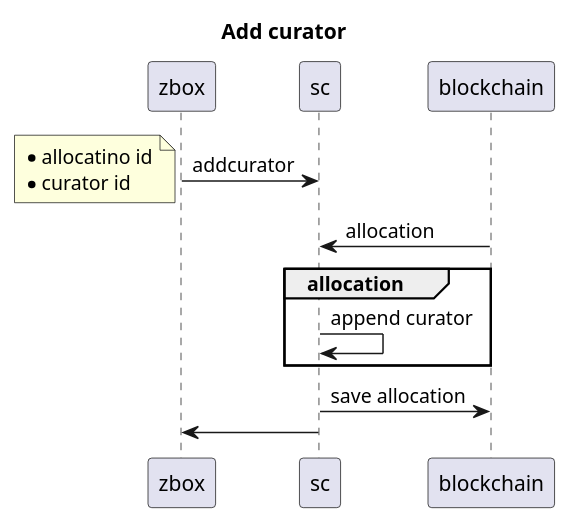
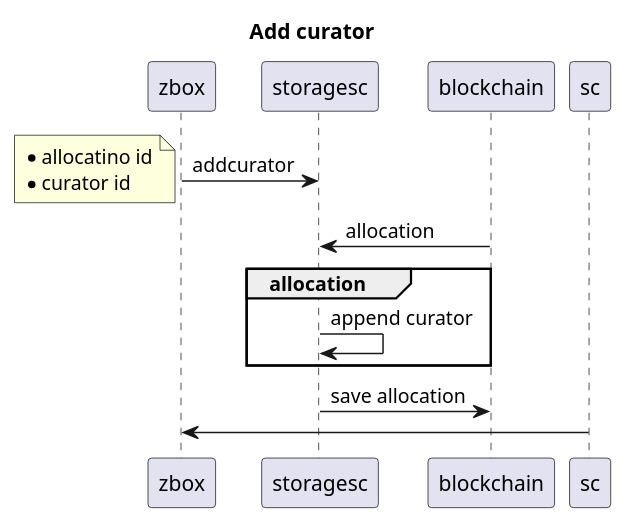
Before and after one commit to 0chain/zboxcli: diagram 19 of 32 in documents/uml.md, drawn with PlantUML. The commit also changed other lines of this file and 1 other file, not shown here.

````diff
--- a/documents/uml.md
+++ b/documents/uml.md
@@ -414,14 +414,14 @@
 ```puml
 title Add curator
-zbox -> sc : addcurator
+zbox ->storagesc: addcurator
 note left
     * allocatino id
     * curator id
 end note
-    blockchain -> sc : allocation
+    blockchain ->storagesc: allocation
     group allocation
-        sc -> sc : append curator
+       storagesc->storagesc: append curator
     end 
-    sc -> blockchain : save allocation
+   storagesc-> blockchain : save allocation
 sc -> zbox     
 ``` 
````
